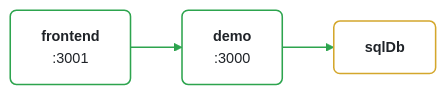
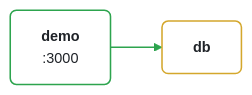
The diagram in README.md (willtsai/radius-todo-app), drawn with Mermaid before and after one commit. The commit also changed other lines of this file and 1 other file, not shown here.

Commit message:
docs: update architecture diagram [automated]

````diff
--- a/README.md
+++ b/README.md
@@ -13,17 +14,13 @@
 ```mermaid
 %%{ init: { 'theme': 'base', 'themeVariables': { 'primaryColor': '#ffffff', 'primaryTextColor': '#1f2328', 'primaryBorderColor': '#d1d9e0', 'lineColor': '#2da44e', 'secondaryColor': '#f6f8fa', 'tertiaryColor': '#ffffff', 'background': '#ffffff', 'mainBkg': '#ffffff', 'nodeBorder': '#d1d9e0', 'clusterBkg': '#f6f8fa', 'clusterBorder': '#d1d9e0', 'fontSize': '14px', 'fontFamily': '-apple-system, BlinkMacSystemFont, Segoe UI, Noto Sans, Helvetica, Arial, sans-serif' } } }%%
 graph LR
     classDef container fill:#ffffff,stroke:#2da44e,stroke-width:1.5px,color:#1f2328,rx:6,ry:6
     classDef datastore fill:#ffffff,stroke:#d4a72c,stroke-width:1.5px,color:#1f2328,rx:6,ry:6
     classDef other fill:#ffffff,stroke:#d1d9e0,stroke-width:1.5px,color:#1f2328,rx:6,ry:6
     demo["<b>demo</b><br/>:3000"]:::container
-    frontend["<b>frontend</b><br/>:3001"]:::container
-    sqlDb["<b>sqlDb</b>"]:::datastore
-    demo --> sqlDb
-    frontend --> demo
+    db["<b>db</b>"]:::datastore
+    demo --> db
     click demo href "https://github.com/willtsai/radius-todo-app/blob/main/app.bicep#L14" "app.bicep:14" _blank
-    click frontend href "https://github.com/willtsai/radius-todo-app/blob/main/app.bicep#L48" "app.bicep:48" _blank
-    click sqlDb href "https://github.com/willtsai/radius-todo-app/blob/main/app.bicep#L40" "app.bicep:40" _blank
+    click db href "https://github.com/willtsai/radius-todo-app/blob/main/app.bicep#L40" "app.bicep:40" _blank
     linkStyle 0 stroke:#2da44e,stroke-width:1.5px
-    linkStyle 1 stroke:#2da44e,stroke-width:1.5px
 ```
````
